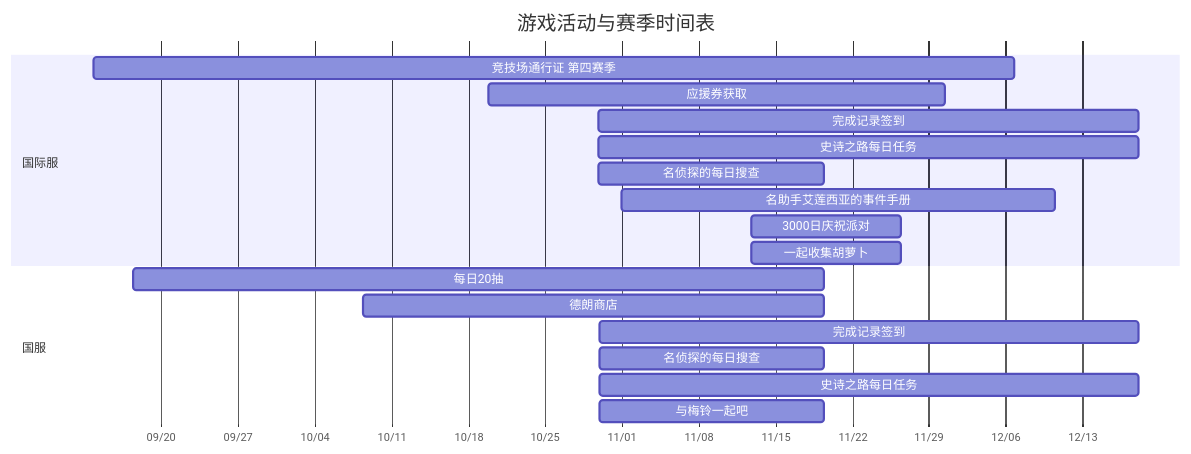
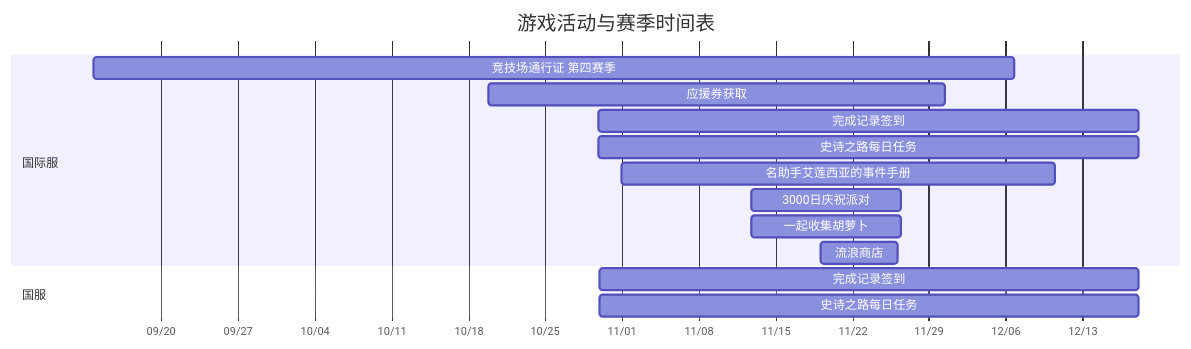
Before and after one commit to Rea1-ms/AutoEpicSeven: the diagram in tasks/activity/calendar.md, drawn with Mermaid. The commit also changed other lines of this file and 33 other files, not shown here.

````diff
--- a/tasks/activity/calendar.md
+++ b/tasks/activity/calendar.md
@@ -6,22 +6,18 @@
 ```mermaid
 gantt
     title 游戏活动与赛季时间表
     dateFormat YYYY-MM-DD HH:mm
     axisFormat %m/%d
     section 国际服
     竞技场通行证 第四赛季 :OVERSEA_arena_pass_oversea_2026_season_4, 2026-09-13 20:00, 2026-12-06 20:00
     应援券获取 :OVERSEA_support_reward_2026_10_19, 2026-10-19 21:10, 2026-11-30 11:00
     完成记录签到 :OVERSEA_completion_record_2026_10_29, 2026-10-29 20:37, 2026-12-18 02:00
     史诗之路每日任务 :OVERSEA_epic_path_2026_10_29, 2026-10-29 20:37, 2026-12-18 02:00
-    名侦探的每日搜查 :OVERSEA_detective_search_2026_10_29, 2026-10-29 20:39, 2026-11-19 11:00
     名助手艾莲西亚的事件手册 :OVERSEA_alencia_handbook_2026_11_01, 2026-11-01 00:05, 2026-12-10 11:00
     3000日庆祝派对 :OVERSEA_anniversary_party_2026_11_12, 2026-11-12 20:11, 2026-11-26 11:00
     一起收集胡萝卜 :OVERSEA_carrot_reward_2026_11_12, 2026-11-12 20:14, 2026-11-26 11:00
+    流浪商店 :OVERSEA_huche_shop_2026_11_19, 2026-11-19 03:00, 2026-11-26 03:00
     section 国服
-    每日20抽 :CN_free_gacha_20_2026_08_27, 2026-09-17 11:00, 2026-11-19 11:00
-    德朗商店 :CN_huche_shop_cn_2026_10_08, 2026-10-08 11:00, 2026-11-19 11:00
     完成记录签到 :CN_completion_record_2026_10_29, 2026-10-29 22:26, 2026-12-18 03:00
-    名侦探的每日搜查 :CN_detective_search_2026_10_29, 2026-10-29 22:26, 2026-11-19 11:00
     史诗之路每日任务 :CN_epic_path_2026_10_29, 2026-10-29 22:26, 2026-12-18 03:00
-    与梅铃一起吧  :CN_meirin_reward_2026_10_08, 2026-10-29 22:26, 2026-11-19 11:00
 ```
````
